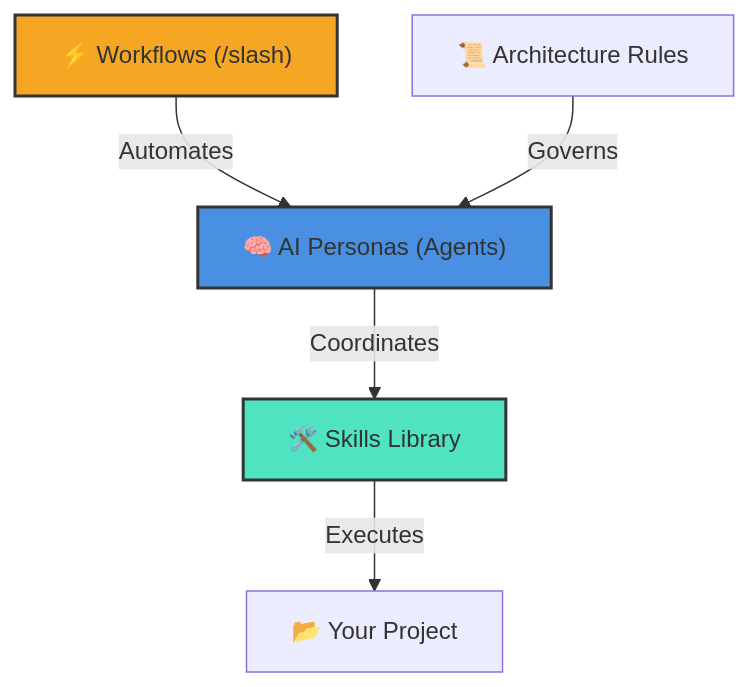
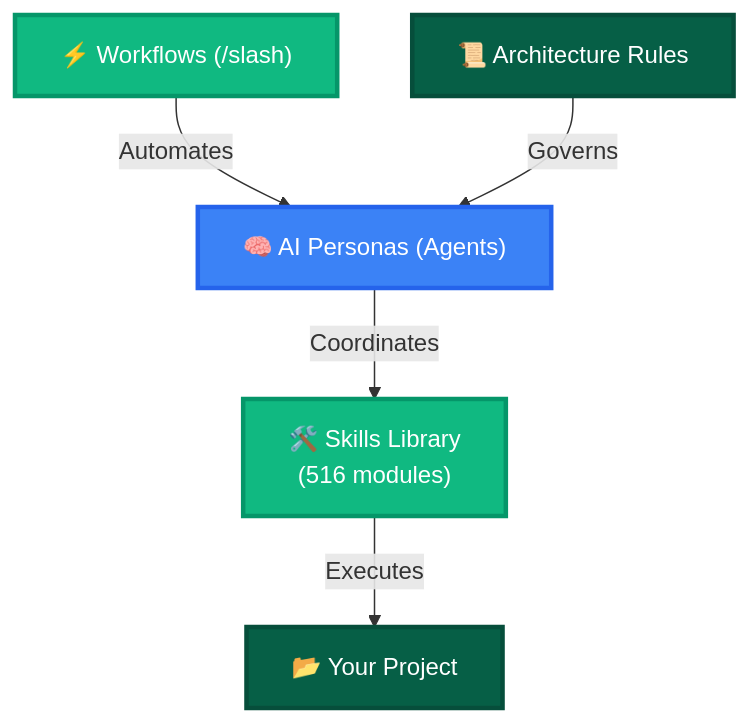
The diagram in README.md (rmmeurer/antigravity-fullkit), drawn with Mermaid before and after one commit. The commit also changed other lines of this file and 1 other file, not shown here.

Commit message:
docs: Add installation guide and enhance visual architecture diagram

````diff
--- a/README.md
+++ b/README.md
@@ -9,10 +62,19 @@
 ```mermaid
-graph TD
-    A["🧠 AI Personas (Agents)"] -->|Coordinates| B["🛠️ Skills Library"]
-    B -->|Executes| C["📂 Your Project"]
-    D["⚡ Workflows (/slash)"] -->|Automates| A
-    E["📜 Architecture Rules"] -->|Governs| A
-    style A fill:#4a90e2,stroke:#333,stroke-width:2px
-    style B fill:#50e3c2,stroke:#333,stroke-width:2px
-    style D fill:#f5a623,stroke:#333,stroke-width:2px
+graph TB
+    A["⚡ Workflows (/slash)"]
+    B["📜 Architecture Rules"]
+    C["🧠 AI Personas (Agents)"]
+    D["🛠️ Skills Library<br/>(516 modules)"]
+    E["📂 Your Project"]
+    
+    A -->|Automates| C
+    B -->|Governs| C
+    C -->|Coordinates| D
+    D -->|Executes| E
+    
+    style A fill:#10b981,stroke:#059669,stroke-width:3px,color:#fff
+    style B fill:#065f46,stroke:#064e3b,stroke-width:3px,color:#fff
+    style C fill:#3b82f6,stroke:#2563eb,stroke-width:3px,color:#fff
+    style D fill:#10b981,stroke:#059669,stroke-width:3px,color:#fff
+    style E fill:#065f46,stroke:#064e3b,stroke-width:3px,color:#fff
 ```
````
